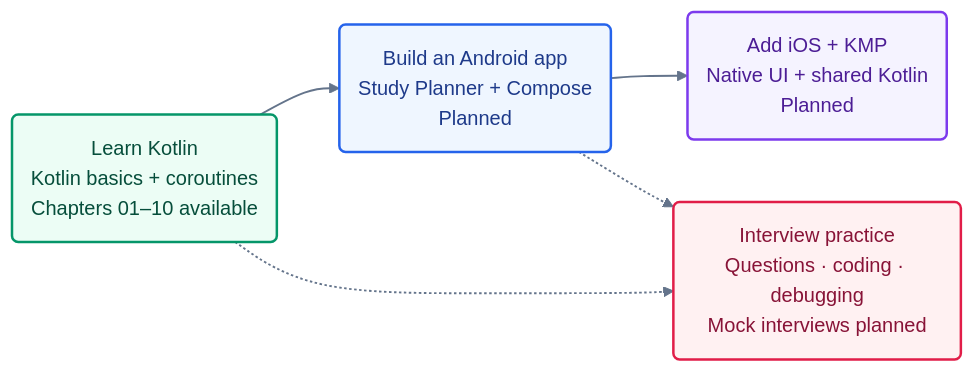
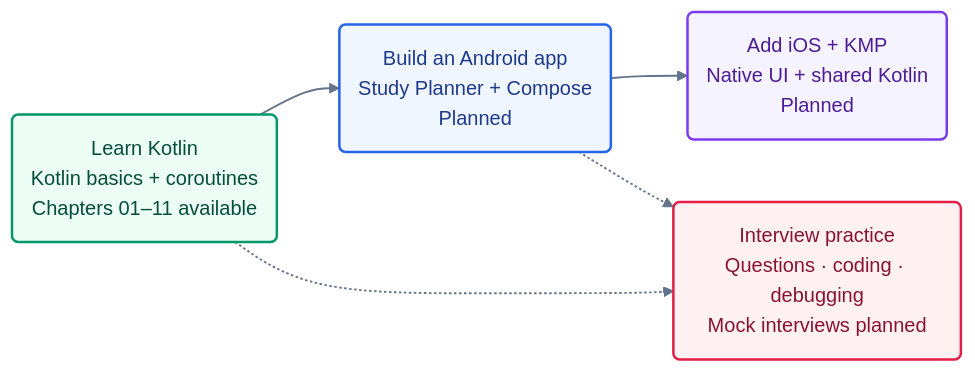
One commit to roshanevala/Kotlin-101-The-Mobile-Workshop changed the diagram in README.md. Above: the diagram before and after it, drawn with Mermaid. The commit also changed other lines of this file and 19 other files, not shown here.

Commit message:
feat: add chapter 11 flow and observable state

````diff
--- a/README.md
+++ b/README.md
@@ -11,20 +11,20 @@
 ```mermaid
 flowchart LR
     accTitle: From Kotlin basics to a mobile app and interview practice
     accDescr: Start with the available Kotlin lessons. Build an Android app, then add iOS and shared Kotlin logic in planned stages. Practise lesson questions and debugging along the way; dedicated coding challenges and mock interviews are planned.
 
-    K("Learn Kotlin<br/>Kotlin basics + coroutines<br/>Chapters 01–10 available"):::basics
+    K("Learn Kotlin<br/>Kotlin basics + coroutines<br/>Chapters 01–11 available"):::basics
     A("Build an Android app<br/>Study Planner + Compose<br/>Planned"):::android
     M("Add iOS + KMP<br/>Native UI + shared Kotlin<br/>Planned"):::multiplatform
     I("Interview practice<br/>Questions · coding · debugging<br/>Mock interviews planned"):::interview
 
     K --> A --> M
     K -.-> I
     A -.-> I
 
     classDef basics fill:#ecfdf5,stroke:#059669,color:#064e3b,stroke-width:2px
     classDef android fill:#eff6ff,stroke:#2563eb,color:#1e3a8a,stroke-width:2px
     classDef multiplatform fill:#f5f3ff,stroke:#7c3aed,color:#4c1d95,stroke-width:2px
     classDef interview fill:#fff1f2,stroke:#e11d48,color:#881337,stroke-width:2px
     linkStyle default stroke:#64748b,stroke-width:1.5px
 ```
````
